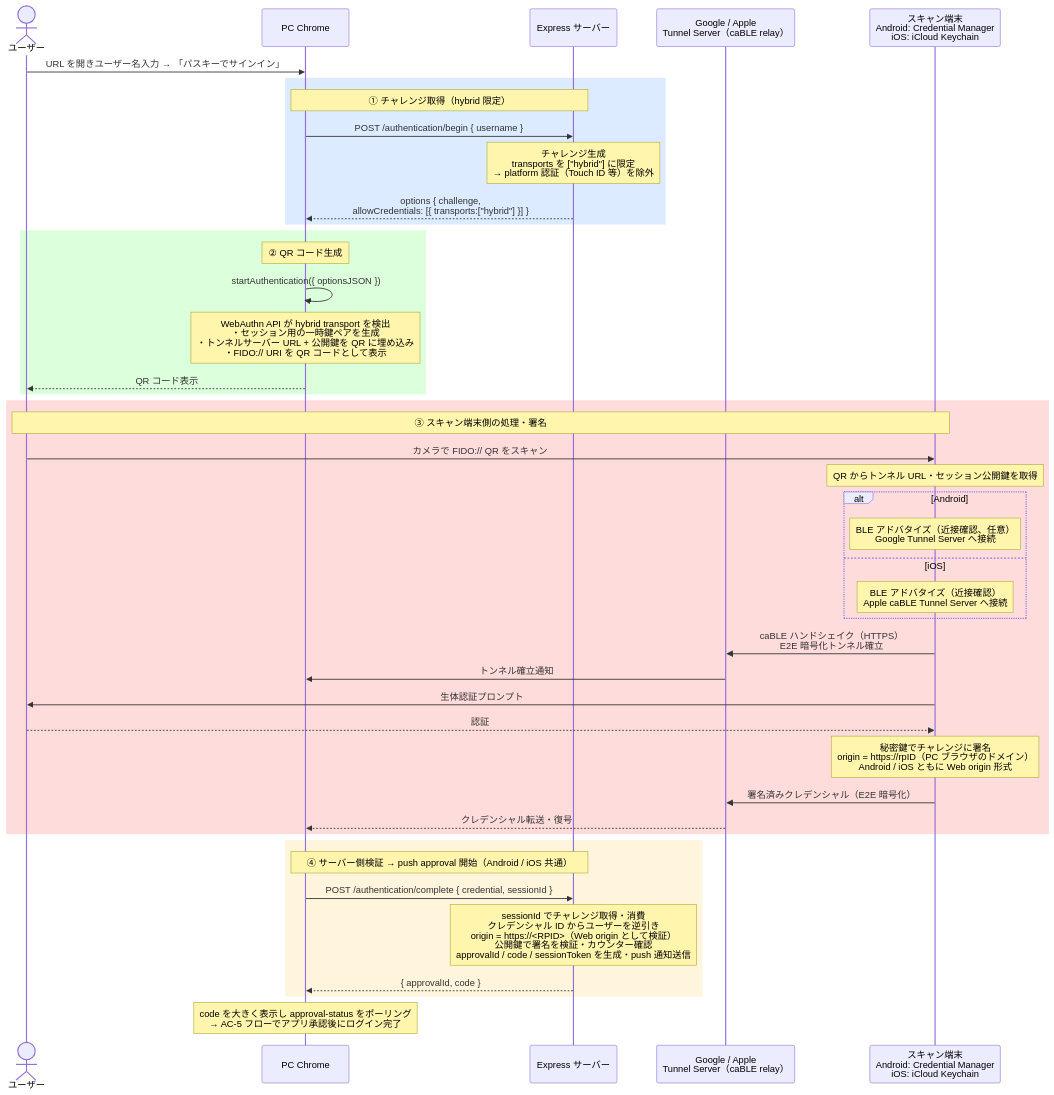
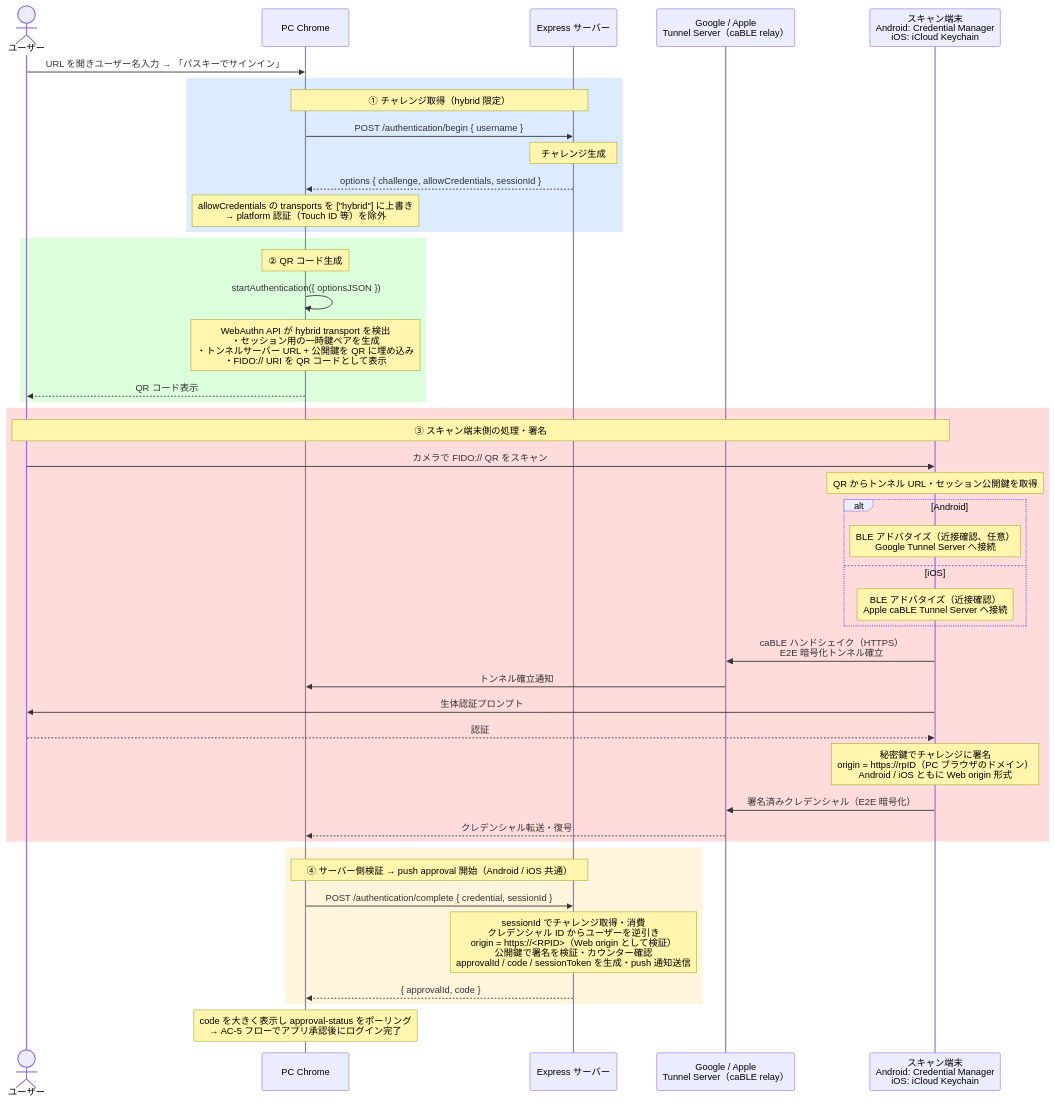
One commit to taka1226s/passkey-poc changed the fourth of 8 diagrams in README.md. Above: the diagram before and after it, drawn with Mermaid. The commit also changed other lines of this file, not shown here.

First line of the commit message:
README: シーケンス図をセキュリティ強化実装に合わせて更新

````diff
--- a/README.md
+++ b/README.md
@@ -471,51 +482,52 @@
 ```mermaid
 sequenceDiagram
     actor User as ユーザー
     participant Browser as PC Chrome
     participant Server as Express サーバー
     participant GTS as Google / Apple<br/>Tunnel Server（caBLE relay）
     participant CM as スキャン端末<br/>Android: Credential Manager<br/>iOS: iCloud Keychain
 
     User->>Browser: URL を開きユーザー名入力 → 「パスキーでサインイン」
 
     rect rgb(220, 235, 255)
         Note over Browser,Server: ① チャレンジ取得（hybrid 限定）
         Browser->>Server: POST /authentication/begin { username }
-        Note over Server: チャレンジ生成<br/>transports を ["hybrid"] に限定<br/>→ platform 認証（Touch ID 等）を除外
-        Server-->>Browser: options { challenge,<br/>allowCredentials: [{ transports:["hybrid"] }] }
+        Note over Server: チャレンジ生成
+        Server-->>Browser: options { challenge, allowCredentials, sessionId }
+        Note over Browser: allowCredentials の transports を ["hybrid"] に上書き<br/>→ platform 認証（Touch ID 等）を除外
     end
 
     rect rgb(220, 255, 220)
         Note over Browser: ② QR コード生成
         Browser->>Browser: startAuthentication({ optionsJSON })
         Note over Browser: WebAuthn API が hybrid transport を検出<br/>・セッション用の一時鍵ペアを生成<br/>・トンネルサーバー URL + 公開鍵を QR に埋め込み<br/>・FIDO:// URI を QR コードとして表示
         Browser-->>User: QR コード表示
     end
 
     rect rgb(255, 220, 220)
         Note over User,CM: ③ スキャン端末側の処理・署名
         User->>CM: カメラで FIDO:// QR をスキャン
         Note over CM: QR からトンネル URL・セッション公開鍵を取得
         alt Android
             Note over CM: BLE アドバタイズ（近接確認、任意）<br/>Google Tunnel Server へ接続
         else iOS
             Note over CM: BLE アドバタイズ（近接確認）<br/>Apple caBLE Tunnel Server へ接続
         end
         CM->>GTS: caBLE ハンドシェイク（HTTPS）<br/>E2E 暗号化トンネル確立
         GTS->>Browser: トンネル確立通知
         CM->>User: 生体認証プロンプト
         User-->>CM: 認証
         Note over CM: 秘密鍵でチャレンジに署名<br/>origin = https://rpID（PC ブラウザのドメイン）<br/>Android / iOS ともに Web origin 形式
         CM->>GTS: 署名済みクレデンシャル（E2E 暗号化）
         GTS-->>Browser: クレデンシャル転送・復号
     end
 
     rect rgb(255, 245, 220)
         Note over Browser,Server: ④ サーバー側検証 → push approval 開始（Android / iOS 共通）
         Browser->>Server: POST /authentication/complete { credential, sessionId }
         Note over Server: sessionId でチャレンジ取得・消費<br/>クレデンシャル ID からユーザーを逆引き<br/>origin = https://<RPID>（Web origin として検証）<br/>公開鍵で署名を検証・カウンター確認<br/>approvalId / code / sessionToken を生成・push 通知送信
         Server-->>Browser: { approvalId, code }
     end
 
     Note over Browser: code を大きく表示し approval-status をポーリング<br/>→ AC-5 フローでアプリ承認後にログイン完了
 ```
````
